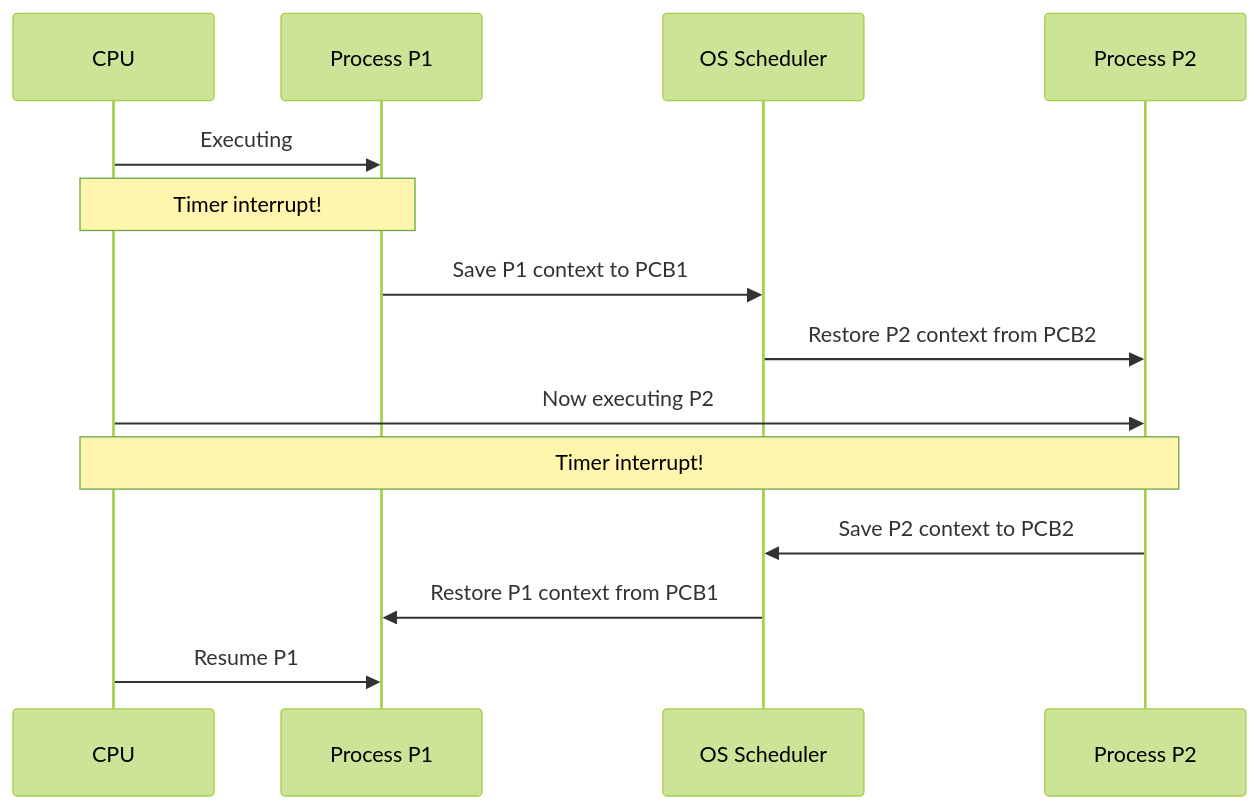
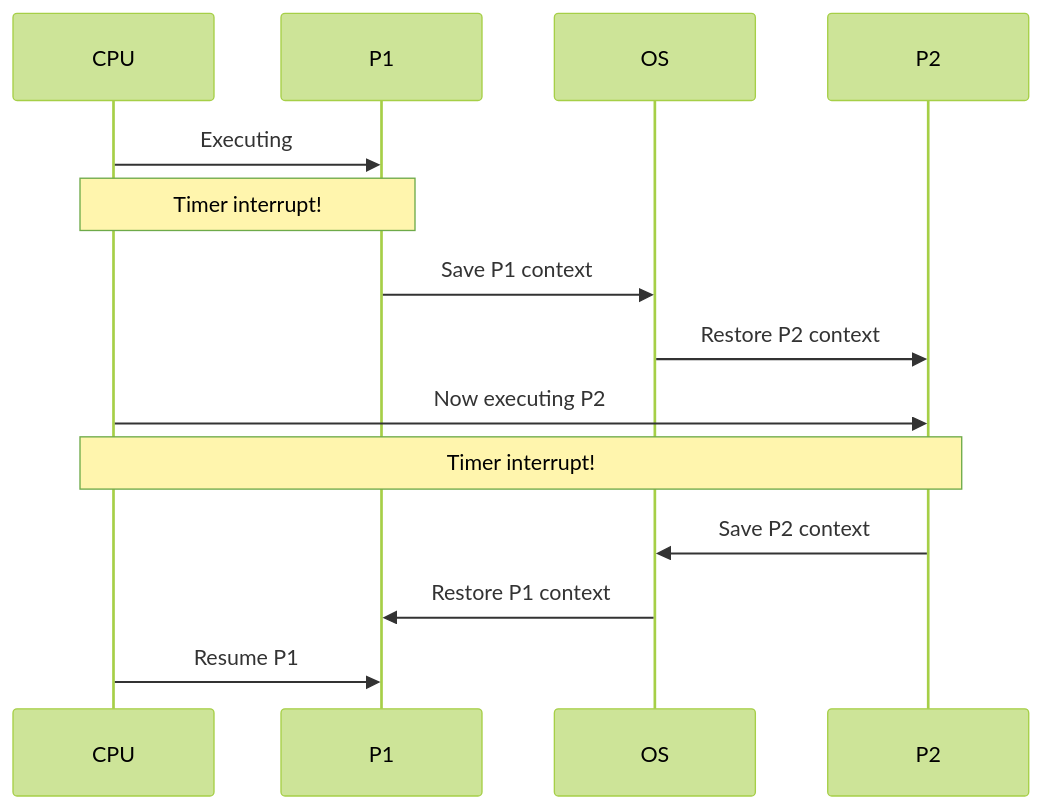
The fourth of 4 diagrams in 01-Semester-V/CS-302-MJ-T-Operating-Systems/Unit-2.md (amitdevx/TY), drawn with Mermaid (forest theme) before and after one commit. The commit also changed other lines of this file and 65 other files, not shown here.

Commit message:
fix:graph vertical

````diff
--- a/01-Semester-V/CS-302-MJ-T-Operating-Systems/Unit-2.md
+++ b/01-Semester-V/CS-302-MJ-T-Operating-Systems/Unit-2.md
@@ -174,17 +175,17 @@
 ```mermaid
 sequenceDiagram
     participant CPU
-    participant P1 as Process P1
-    participant OS as OS Scheduler
-    participant P2 as Process P2
+    participant P1
+    participant OS
+    participant P2
 
     CPU->>P1: Executing
     Note over CPU,P1: Timer interrupt!
-    P1->>OS: Save P1 context to PCB1
-    OS->>P2: Restore P2 context from PCB2
+    P1->>OS: Save P1 context
+    OS->>P2: Restore P2 context
     CPU->>P2: Now executing P2
     Note over CPU,P2: Timer interrupt!
-    P2->>OS: Save P2 context to PCB2
-    OS->>P1: Restore P1 context from PCB1
+    P2->>OS: Save P2 context
+    OS->>P1: Restore P1 context
     CPU->>P1: Resume P1
 ```
````
